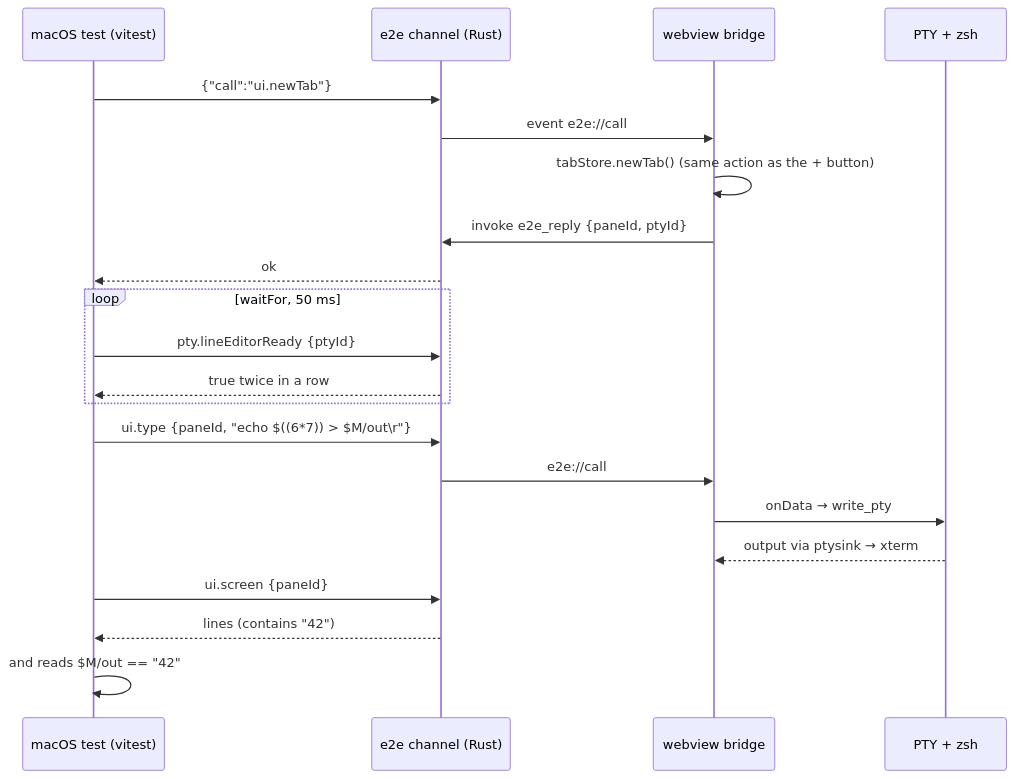
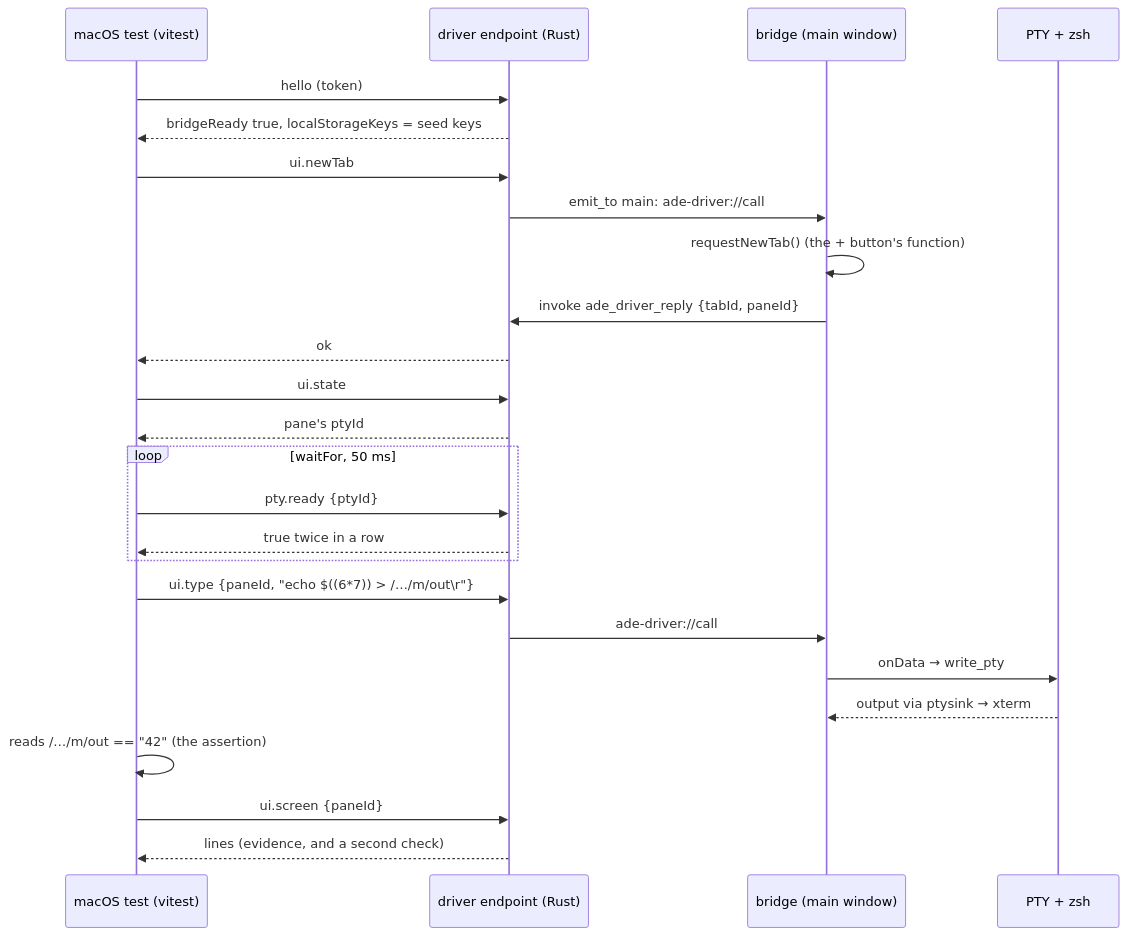
One commit to alvin-reyes/better-agentic-ide changed the second of 2 diagrams in docs/superpowers/specs/2026-11-09-desktop-e2e-design.md. Above: the diagram before and after it, drawn with Mermaid. The commit also changed other lines of this file and 2 other files, not shown here.

Commit message:
Design: desktop e2e plan, revision 2 (builds on isotest-driver; ADR 0030 still proposed)

````diff
--- a/docs/superpowers/specs/2026-11-09-desktop-e2e-design.md
+++ b/docs/superpowers/specs/2026-11-09-desktop-e2e-design.md
@@ -177,23 +256,27 @@
 ```mermaid
 sequenceDiagram
   participant T as macOS test (vitest)
-  participant C as e2e channel (Rust)
-  participant W as webview bridge
+  participant E as driver endpoint (Rust)
+  participant W as bridge (main window)
   participant P as PTY + zsh
-  T->>C: {"call":"ui.newTab"}
-  C->>W: event e2e://call
-  W->>W: tabStore.newTab() (same action as the + button)
-  W->>C: invoke e2e_reply {paneId, ptyId}
-  C-->>T: ok
+  T->>E: hello (token)
+  E-->>T: bridgeReady true, localStorageKeys = seed keys
+  T->>E: ui.newTab
+  E->>W: emit_to main: ade-driver://call
+  W->>W: requestNewTab() (the + button's function)
+  W->>E: invoke ade_driver_reply {tabId, paneId}
+  E-->>T: ok
+  T->>E: ui.state
+  E-->>T: pane's ptyId
   loop waitFor, 50 ms
-    T->>C: pty.lineEditorReady {ptyId}
-    C-->>T: true twice in a row
+    T->>E: pty.ready {ptyId}
+    E-->>T: true twice in a row
   end
-  T->>C: ui.type {paneId, "echo $((6*7)) > $M/out\r"}
-  C->>W: e2e://call
+  T->>E: ui.type {paneId, "echo $((6*7)) > /…/m/out\r"}
+  E->>W: ade-driver://call
   W->>P: onData → write_pty
   P-->>W: output via ptysink → xterm
-  T->>C: ui.screen {paneId}
-  C-->>T: lines (contains "42")
-  T->>T: and reads $M/out == "42"
+  T->>T: reads /…/m/out == "42" (the assertion)
+  T->>E: ui.screen {paneId}
+  E-->>T: lines (evidence, and a second check)
 ```
````
